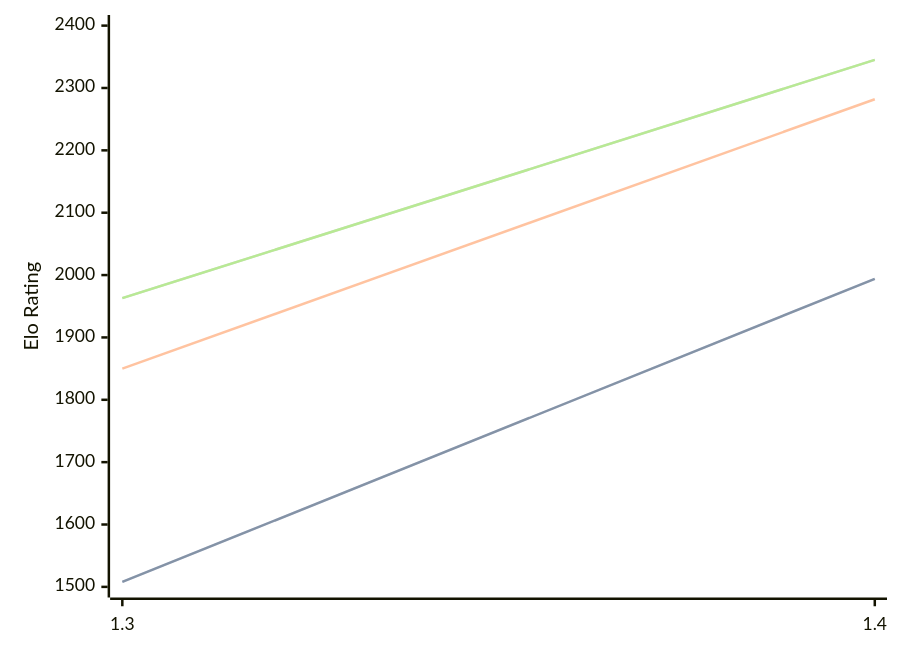
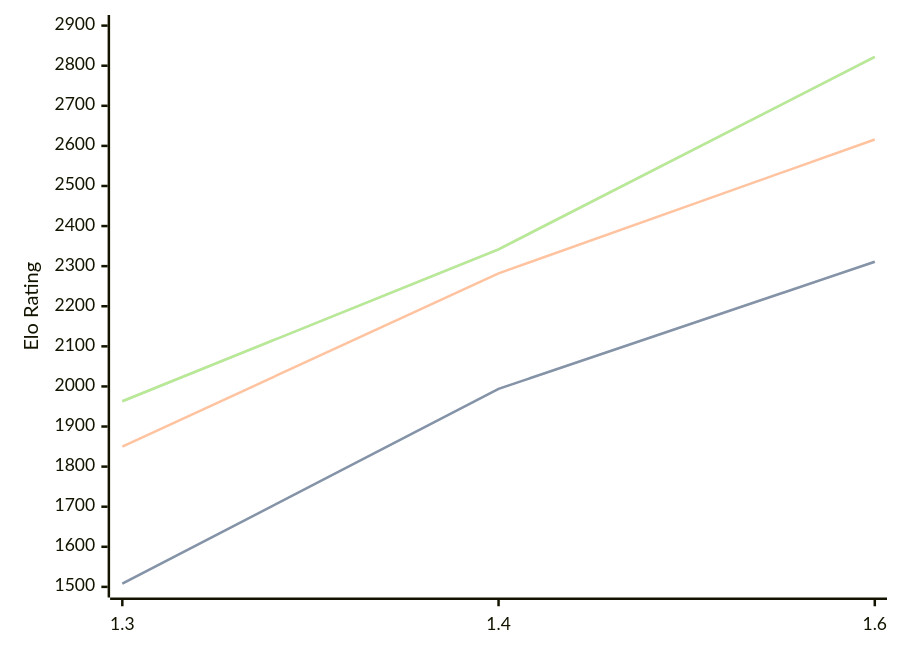
Before and after one commit to computer-chess-index/cci: the first of 3 diagrams in engines/Facon.md, drawn with Mermaid. The commit also changed other lines of this file, not shown here.

Commit message:
Update CCI Ratings (ELO VLTC) - 2026-06-15

````diff
--- a/engines/Facon.md
+++ b/engines/Facon.md
@@ -37,11 +37,11 @@
 ```mermaid
 %%{init: {"theme":"base","themeVariables":{"seriesColors:['#a3a3a3','#222221','#faa371']}}}%%
 xychart-beta
-  x-axis ["1.3", "1.4"]
-  y-axis "Elo Rating" 1500 --> 2400
-  line "STC (8.0+0.08s)" [1508, 1994]
-  line "STC (8.0+0.08s)" [1508, 1994]
-  line "LTC (60.0+0.60s)" [1850, 2282]
-  line "VLTC (2m24s+1.12s)" [1963, 2345]
-  line "VLTC (2m24s+1.12s)" [1963, 2345]
+  x-axis ["1.3", "1.4", "1.6"]
+  y-axis "Elo Rating" 1500 --> 2900
+  line "STC (8.0+0.08s)" [1508, 1994, 2311]
+  line "STC (8.0+0.08s)" [1508, 1994, 2311]
+  line "LTC (60.0+0.60s)" [1850, 2282, 2616]
+  line "VLTC (2m24s+1.12s)" [1963, 2342, 2822]
+  line "VLTC (2m24s+1.12s)" [1963, 2342, 2822]
 ```
````
